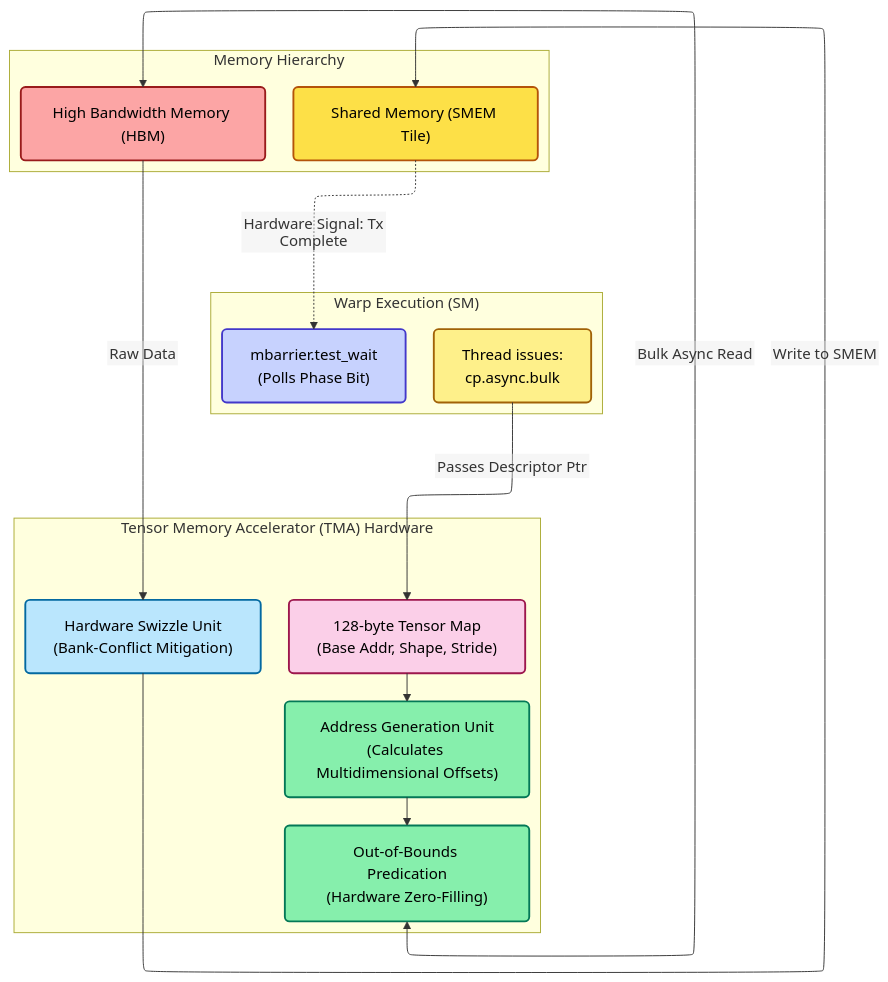
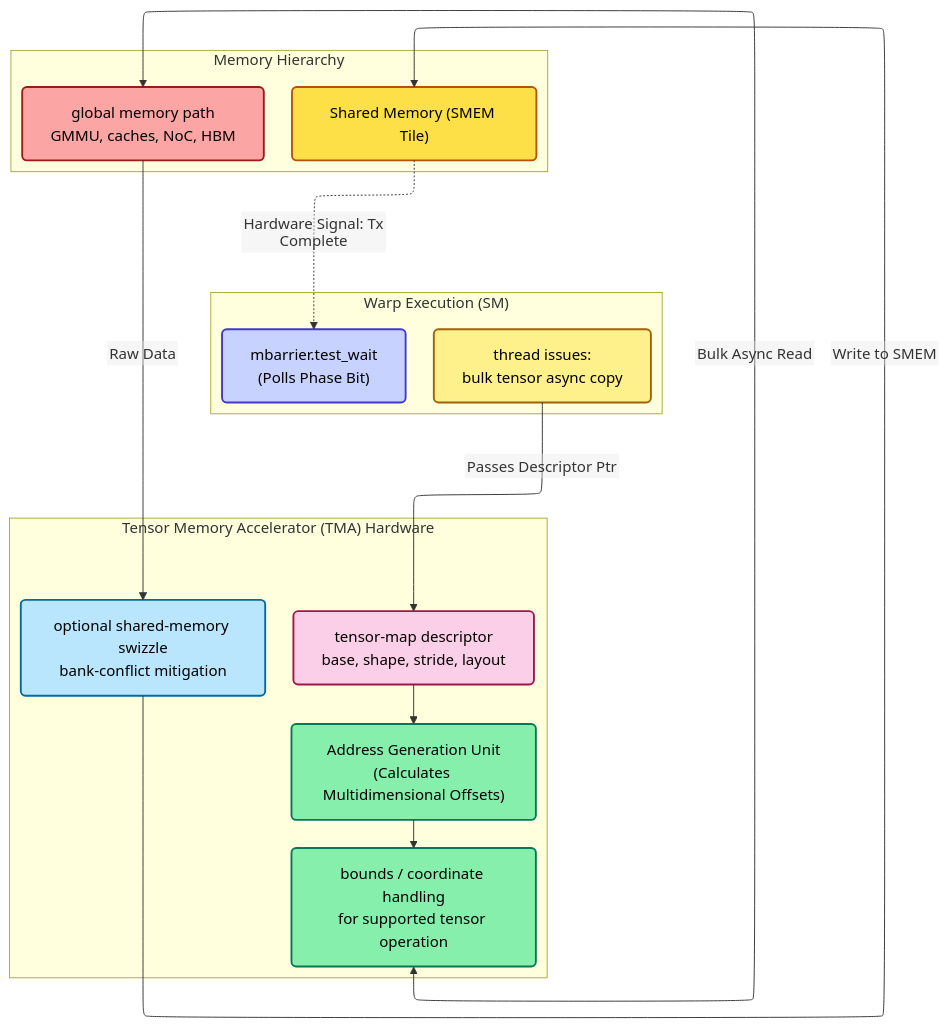
Before and after one commit to Wty2003328/ai_infra_intro: diagram 14 of 15 in L3_Microarchitecture/02_GPU_Architecture.md, drawn with Mermaid. The commit also changed other lines of this file and 3 other files, not shown here.

Commit message:
Expand GPU hardware-software architecture mapping

````diff
--- a/L3_Microarchitecture/02_GPU_Architecture.md
+++ b/L3_Microarchitecture/02_GPU_Architecture.md
@@ -336,36 +1005,36 @@
 ```mermaid
 %%{init: {"flowchart": {"defaultRenderer": "elk", "nodeSpacing": 60, "rankSpacing": 60, "htmlLabels": false}}}%%
 flowchart TD
     subgraph SM_EXEC["Warp Execution (SM)"]
-        K["Thread issues:<br/>cp.async.bulk"]:::k
+        K["thread issues:<br/>bulk tensor async copy"]:::k
         MB["mbarrier.test_wait<br/>(Polls Phase Bit)"]:::bar
     end
-    
+
     subgraph TMA_HW["Tensor Memory Accelerator (TMA) Hardware"]
-        DESC["128-byte Tensor Map<br/>(Base Addr, Shape, Stride)"]:::d
+        DESC["tensor-map descriptor<br/>base, shape, stride, layout"]:::d
         AGU["Address Generation Unit<br/>(Calculates Multidimensional Offsets)"]:::tma
-        OOB["Out-of-Bounds Predication<br/>(Hardware Zero-Filling)"]:::tma
-        SWZ["Hardware Swizzle Unit<br/>(Bank-Conflict Mitigation)"]:::sw
+        OOB["bounds / coordinate handling<br/>for supported tensor operation"]:::tma
+        SWZ["optional shared-memory swizzle<br/>bank-conflict mitigation"]:::sw
     end
-    
+
     subgraph MEMORY["Memory Hierarchy"]
-        HBM["High Bandwidth Memory (HBM)"]:::off
+        HBM["global memory path<br/>GMMU, caches, NoC, HBM"]:::off
         SMEM["Shared Memory (SMEM Tile)"]:::mem
     end
 
     K -->|Passes Descriptor Ptr| DESC
     DESC --> AGU
     AGU --> OOB
     OOB <-->|Bulk Async Read| HBM
     HBM -->|Raw Data| SWZ
     SWZ -->|Write to SMEM| SMEM
     SMEM -.->|Hardware Signal: Tx Complete| MB
 
     classDef k fill:#fef08a,stroke:#a16207,stroke-width:2px,color:#000,rx:5px,ry:5px
     classDef d fill:#fbcfe8,stroke:#9d174d,stroke-width:2px,color:#000,rx:5px,ry:5px
     classDef tma fill:#86efac,stroke:#047857,stroke-width:2px,color:#000,rx:5px,ry:5px
     classDef off fill:#fca5a5,stroke:#991b1b,stroke-width:2px,color:#000,rx:5px,ry:5px
     classDef sw fill:#bae6fd,stroke:#0369a1,stroke-width:2px,color:#000,rx:5px,ry:5px
     classDef mem fill:#fde047,stroke:#b45309,stroke-width:2px,color:#000,rx:5px,ry:5px
     classDef bar fill:#c7d2fe,stroke:#4338ca,stroke-width:2px,color:#000,rx:5px,ry:5px
 ```
````
